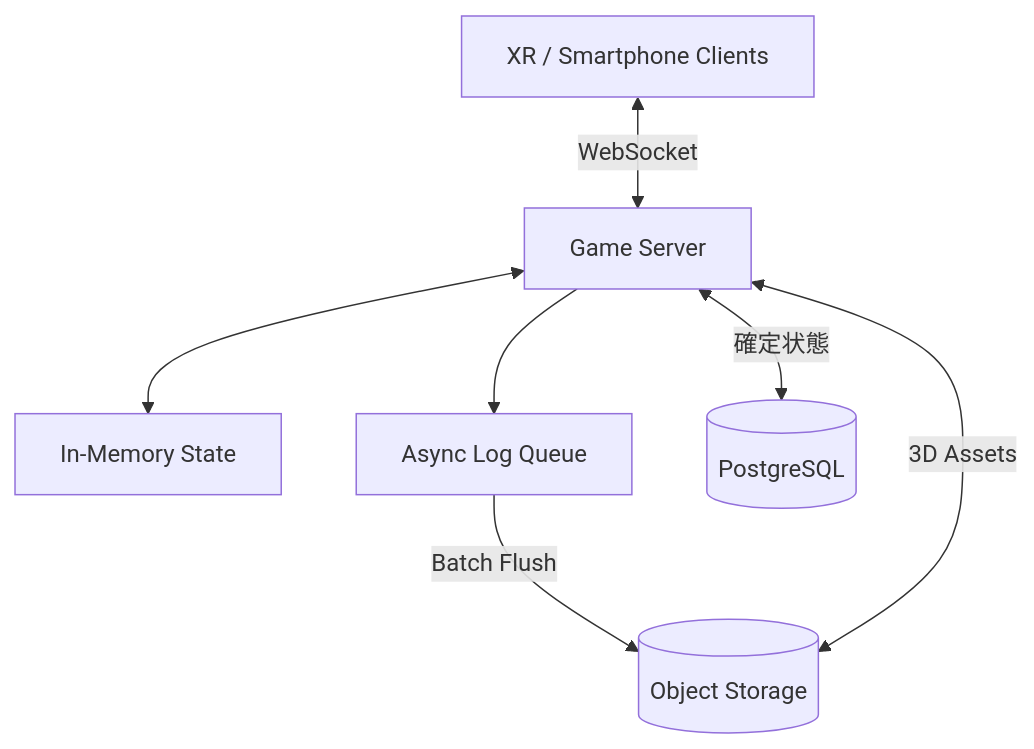
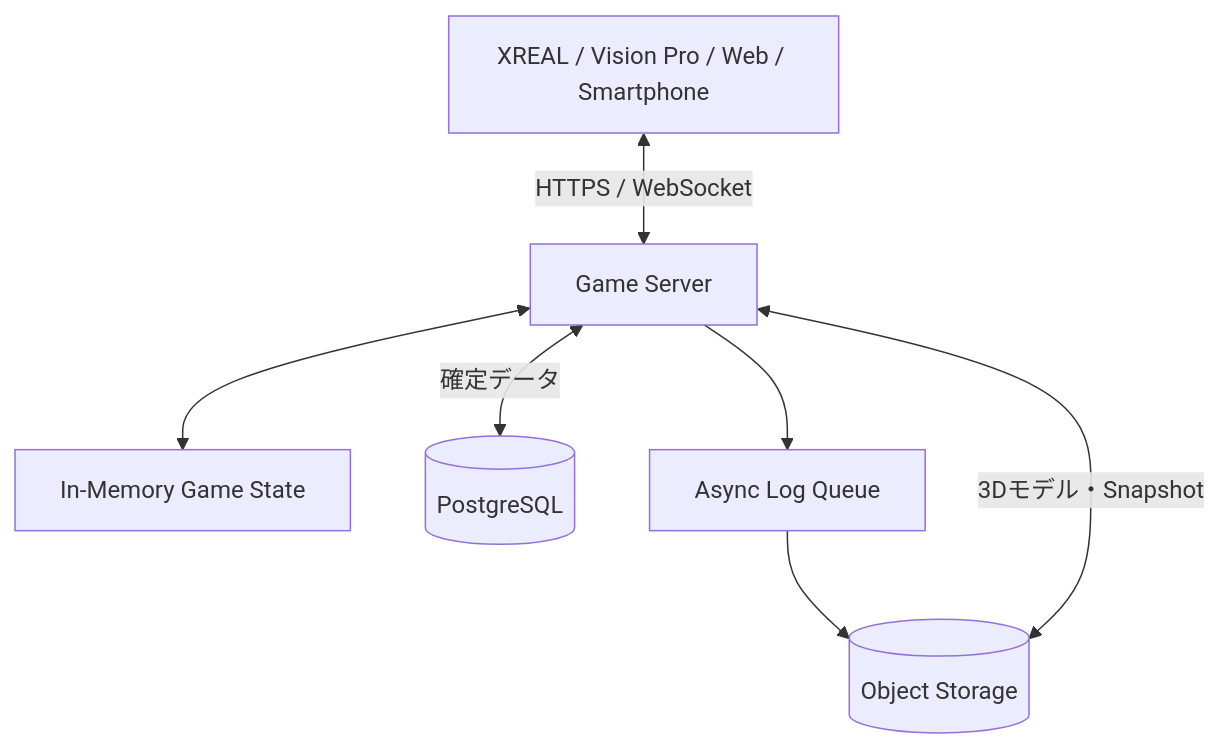
One commit to guriguri00451/BibaiHack changed the first of 3 diagrams in docs/whiteboard-brainstorm.md. Above: the diagram before and after it, drawn with Mermaid. The commit also changed other lines of this file, not shown here.

````diff
--- a/docs/whiteboard-brainstorm.md
+++ b/docs/whiteboard-brainstorm.md
@@ -38,16 +34,9 @@
 ```mermaid
 flowchart TD
-    A["XR / Smartphone Clients"]
-    B["Game Server"]
-    C["In-Memory State"]
-    D["Async Log Queue"]
-    E[("PostgreSQL")]
-    F[("Object Storage")]
-
-    A <-->|WebSocket| B
-    B <--> C
-    B --> D
-    D -->|Batch Flush| F
-    B <-->|確定状態| E
-    B <-->|3D Assets| F
+    A["XREAL / Vision Pro / Web / Smartphone"] <-->|HTTPS / WebSocket| S["Game Server"]
+    S <--> M["In-Memory Game State"]
+    S <-->|確定データ| D[(PostgreSQL)]
+    S --> Q["Async Log Queue"]
+    Q --> O[(Object Storage)]
+    S <-->|3Dモデル・Snapshot| O
 ```
````
